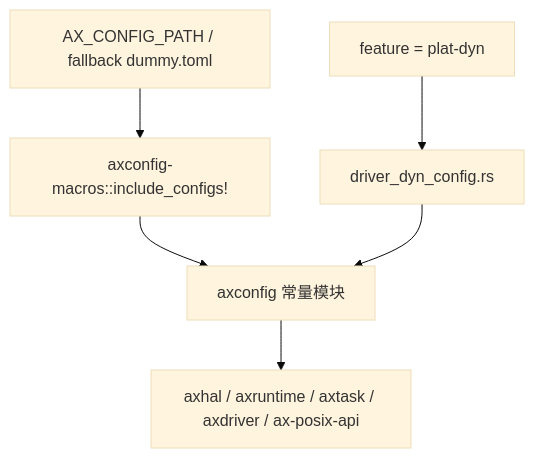
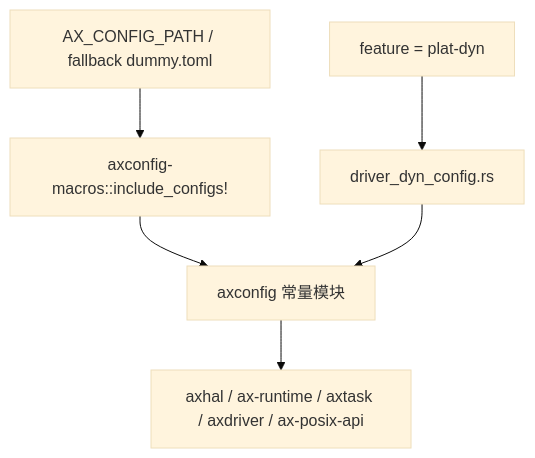
The first of 2 diagrams in docs/crates/axconfig.md (zKurisu/tgoskits), drawn with Mermaid (base theme) before and after one commit. The commit also changed other lines of this file and 69 other files, not shown here.

Commit message:
rename axruntime to ax-runtime

````diff
--- a/docs/crates/axconfig.md
+++ b/docs/crates/axconfig.md
@@ -25,10 +25,10 @@
 ```mermaid
 flowchart TD
     A["AX_CONFIG_PATH / fallback dummy.toml"] --> B["axconfig-macros::include_configs!"]
     B --> C["axconfig 常量模块"]
 
     D["feature = plat-dyn"] --> E["driver_dyn_config.rs"]
     E --> C
 
-    C --> F["axhal / axruntime / axtask / axdriver / ax-posix-api"]
+    C --> F["axhal / ax-runtime / axtask / axdriver / ax-posix-api"]
 ```
````
